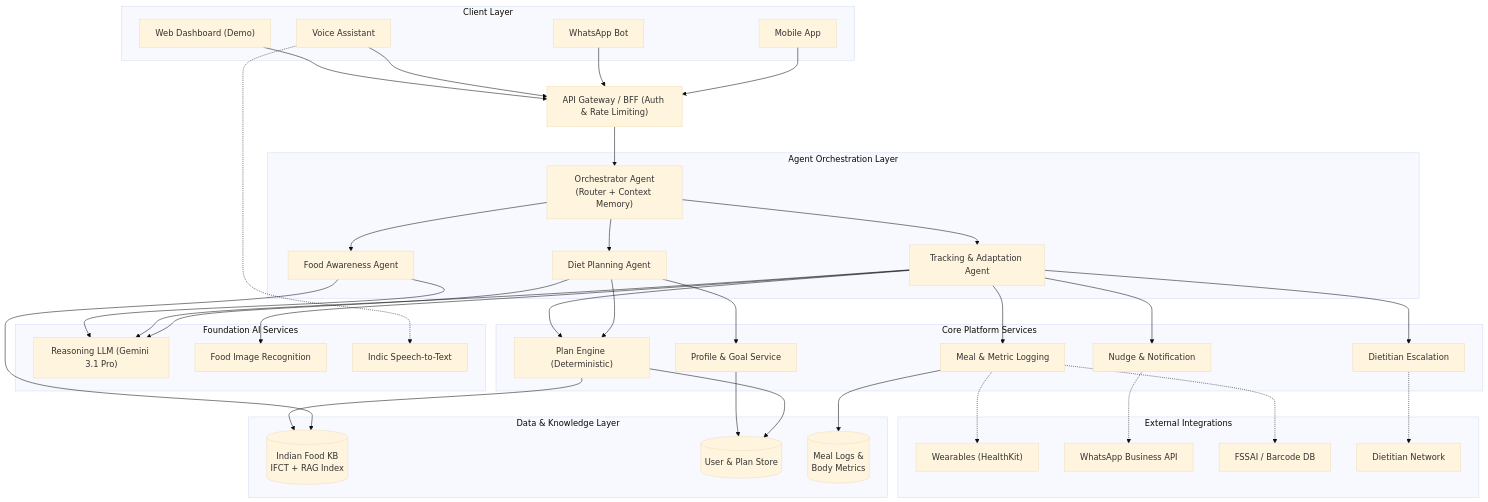
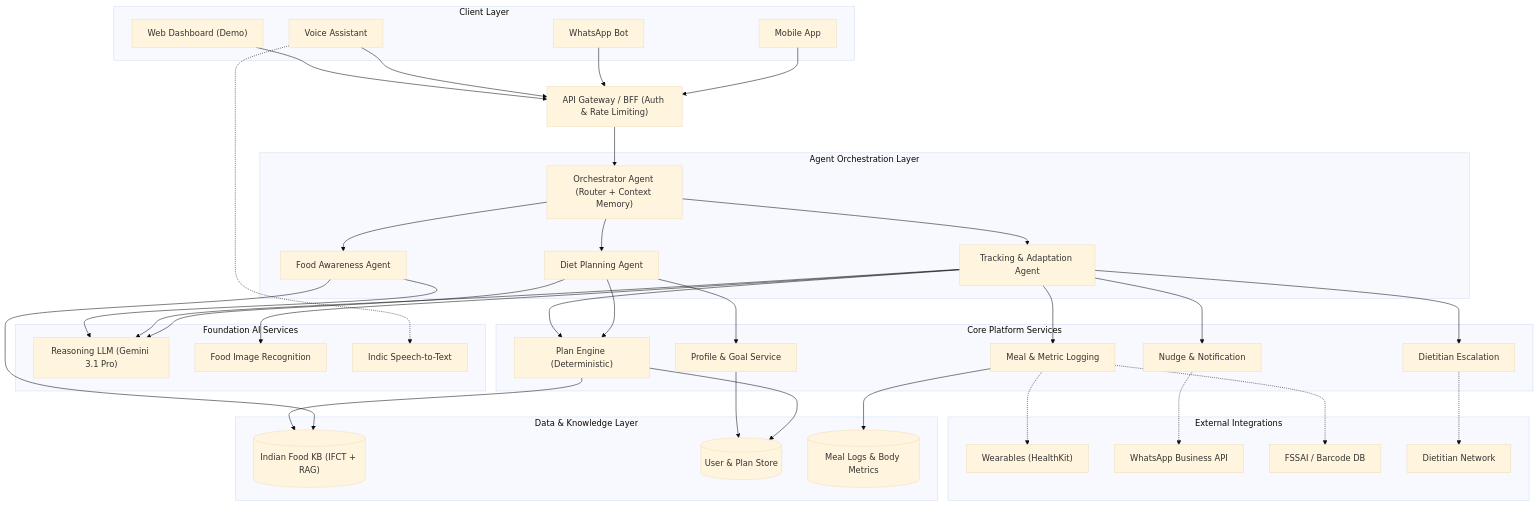
One commit to ritam03/poshan-sarthi changed the first of 4 diagrams in README.md. Above: the diagram before and after it, drawn with Mermaid (base theme). The commit also changed other lines of this file and 1 other file, not shown here.

````diff
--- a/README.md
+++ b/README.md
@@ -36,73 +61,73 @@
 ```mermaid
 flowchart TB
     subgraph CLIENT["Client Layer"]
         Mobile["Mobile App"]
         WA["WhatsApp Bot"]
         Voice["Voice Assistant"]
         Web["Web Dashboard (Demo)"]
     end
 
     GW["API Gateway / BFF (Auth & Rate Limiting)"]
 
     subgraph AGENTS["Agent Orchestration Layer"]
-        Orch["Orchestrator Agent<br/>(Router + Context Memory)"]
+        Orch["Orchestrator Agent (Router + Context Memory)"]
         Diet["Diet Planning Agent"]
         Track["Tracking & Adaptation Agent"]
         Aware["Food Awareness Agent"]
     end
 
     subgraph AI["Foundation AI Services"]
         LLM["Reasoning LLM (Gemini 3.1 Pro)"]
         Vision["Food Image Recognition"]
         STT["Indic Speech-to-Text"]
     end
 
     subgraph PLATFORM["Core Platform Services"]
         Profile["Profile & Goal Service"]
         Plan["Plan Engine (Deterministic)"]
         Log["Meal & Metric Logging"]
         Nudge["Nudge & Notification"]
         Escalate["Dietitian Escalation"]
     end
 
     subgraph DATA["Data & Knowledge Layer"]
-        KB[("Indian Food KB<br/>IFCT + RAG Index")]
+        KB[("Indian Food KB (IFCT + RAG)")]
         UserDB[("User & Plan Store")]
-        LogDB[("Meal Logs &<br/>Body Metrics")]
+        LogDB[("Meal Logs & Body Metrics")]
     end
 
     subgraph EXT["External Integrations"]
         Wearable["Wearables (HealthKit)"]
         WABiz["WhatsApp Business API"]
         Barcode["FSSAI / Barcode DB"]
         Dietitian["Dietitian Network"]
     end
 
     Mobile --> GW
     WA --> GW
     Voice --> GW
     Web --> GW
     GW --> Orch
     
     Orch --> Diet & Track & Aware
     
     Diet --> LLM
     Track --> LLM
     Aware --> LLM
     
     Track --> Vision
     Voice -.-> STT
     
     Diet --> Profile & Plan
     Track --> Log & Plan & Nudge & Escalate
     Aware --> KB
     
     Plan --> KB & UserDB
     Profile --> UserDB
     Log --> LogDB
     
     Nudge -.-> WABiz
     Log -.-> Wearable
     Log -.-> Barcode
     Escalate -.-> Dietitian
 ```
````
